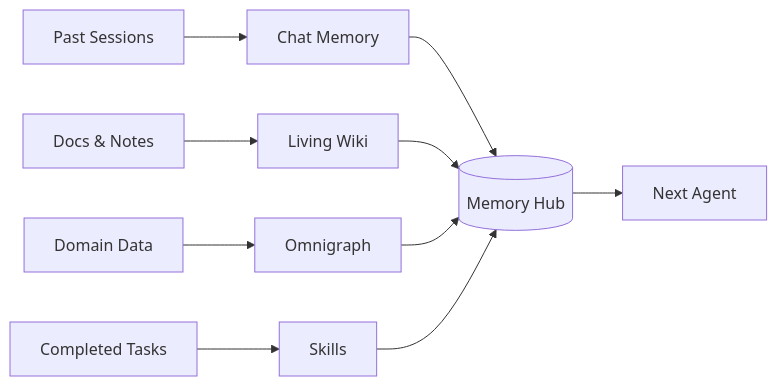
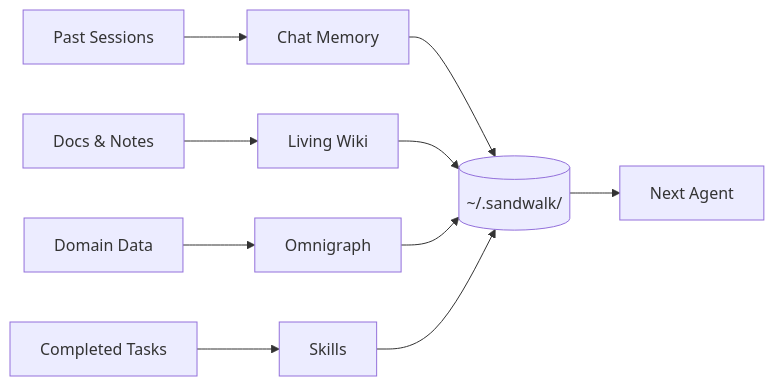
Before and after one commit to fastfold-ai/sandwalk: the diagram in README.md, drawn with Mermaid. The commit also changed other lines of this file, not shown here.

````diff
--- a/README.md
+++ b/README.md
@@ -113,10 +270,10 @@
 ```mermaid
 flowchart LR
     S1["Past Sessions"] --> A1["Chat Memory"]
     S2["Docs & Notes"] --> A2["Living Wiki"]
     S3["Domain Data"] --> A3["Omnigraph"]
     S4["Completed Tasks"] --> A4["Skills"]
 
-    A1 & A2 & A3 & A4 --> Hub[("Memory Hub")]
+    A1 & A2 & A3 & A4 --> Hub[("~/.sandwalk/")]
     Hub --> Next["Next Agent"]
 ```
````
